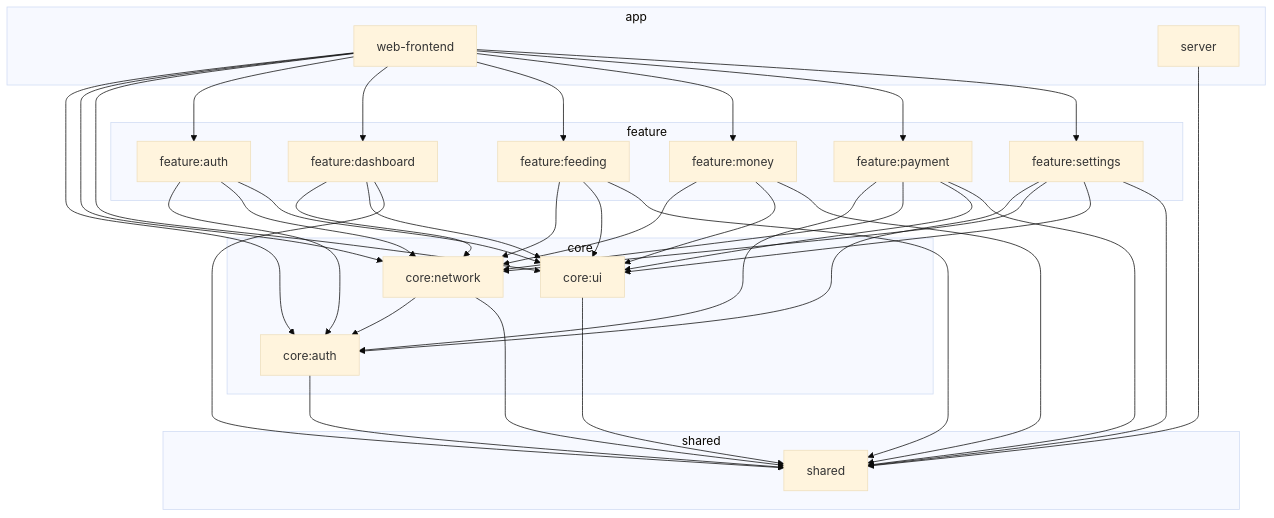
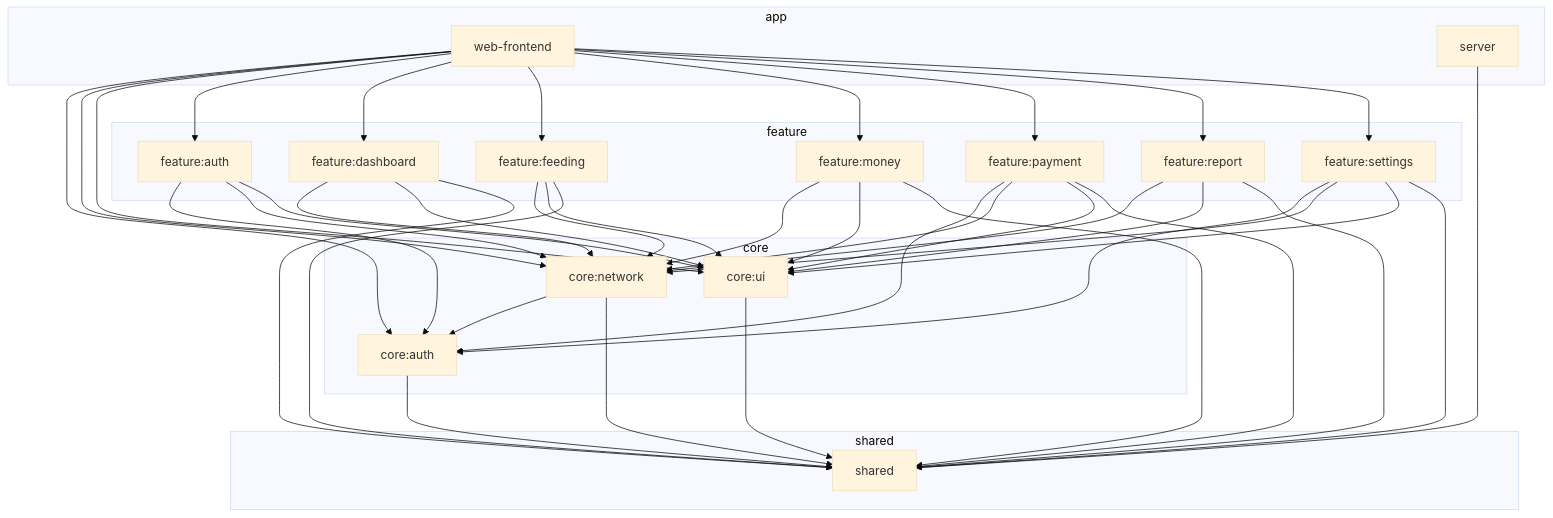
Before and after one commit to ptkNktq/CrabShell: the diagram in README.md, drawn with Mermaid (base theme). The commit also changed other lines of this file and 1 other file, not shown here.

Commit message:
docs: add feature/report and Renovate to documentation

````diff
--- a/README.md
+++ b/README.md
@@ -35,64 +35,69 @@
 ```mermaid
 graph TD
   subgraph shared
     S[shared]
   end
 
   subgraph core
     CA[core:auth]
     CN[core:network]
     CU[core:ui]
   end
 
   subgraph feature
     FA[feature:auth]
     FD[feature:dashboard]
     FF[feature:feeding]
     FM[feature:money]
     FP[feature:payment]
+    FR[feature:report]
     FS[feature:settings]
   end
 
   subgraph app
     WF[web-frontend]
     SV[server]
   end
 
   CA --> S
   CN --> CA
   CN --> S
   CU --> S
 
   FA --> CA
   FA --> CN
   FA --> CU
   FD --> CN
   FD --> CU
   FD --> S
   FF --> CN
   FF --> CU
   FF --> S
   FM --> CN
   FM --> CU
   FM --> S
   FP --> CA
   FP --> CN
   FP --> CU
   FP --> S
+  FR --> CN
+  FR --> CU
+  FR --> S
   FS --> CA
   FS --> CN
   FS --> CU
   FS --> S
 
   WF --> CA
   WF --> CN
   WF --> CU
   WF --> FA
   WF --> FD
   WF --> FF
   WF --> FM
   WF --> FP
+  WF --> FR
   WF --> FS
 
   SV --> S
 ```
````
